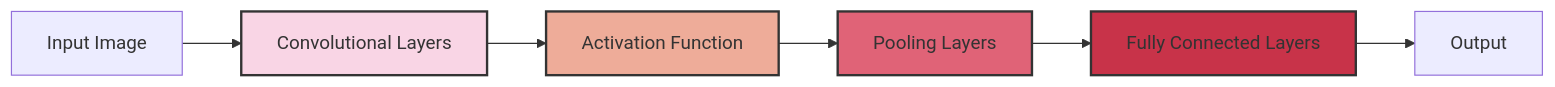
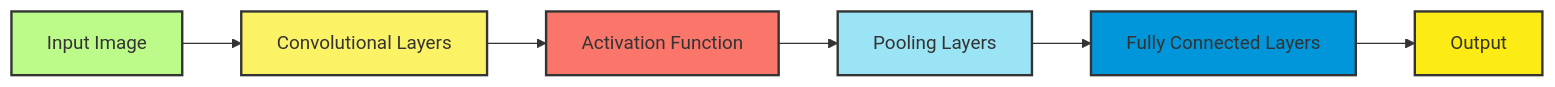
One commit to Chaklader/landmark-classification-cnn changed the first of 6 diagrams in C_1.md. Above: the diagram before and after it, drawn with Mermaid.

Commit message:
The commit is successful

````diff
--- a/C_1.md
+++ b/C_1.md
@@ -233,13 +233,15 @@
 ```mermaid
 graph LR
-    A[Input Image] --> B[Convolutional Layers]
-    B --> C[Activation Function]
-    C --> D[Pooling Layers]
-    D --> E[Fully Connected Layers]
-    E --> F[Output]
+    A["Input Image"] --> B["Convolutional Layers"]
+    B --> C["Activation Function"]
+    C --> D["Pooling Layers"]
+    D --> E["Fully Connected Layers"]
+    E --> F["Output"]
 
-    style B fill:#f9d5e5,stroke:#333,stroke-width:2px
-    style C fill:#eeac99,stroke:#333,stroke-width:2px
-    style D fill:#e06377,stroke:#333,stroke-width:2px
-    style E fill:#c83349,stroke:#333,stroke-width:2px
+    style A fill:#BCFB89,stroke:#333,stroke-width:2px
+    style B fill:#FBF266,stroke:#333,stroke-width:2px
+    style C fill:#FA756A,stroke:#333,stroke-width:2px
+    style D fill:#9AE4F5,stroke:#333,stroke-width:2px
+    style E fill:#0096D9,stroke:#333,stroke-width:2px
+    style F fill:#FCEB14,stroke:#333,stroke-width:2px
 ```
````
